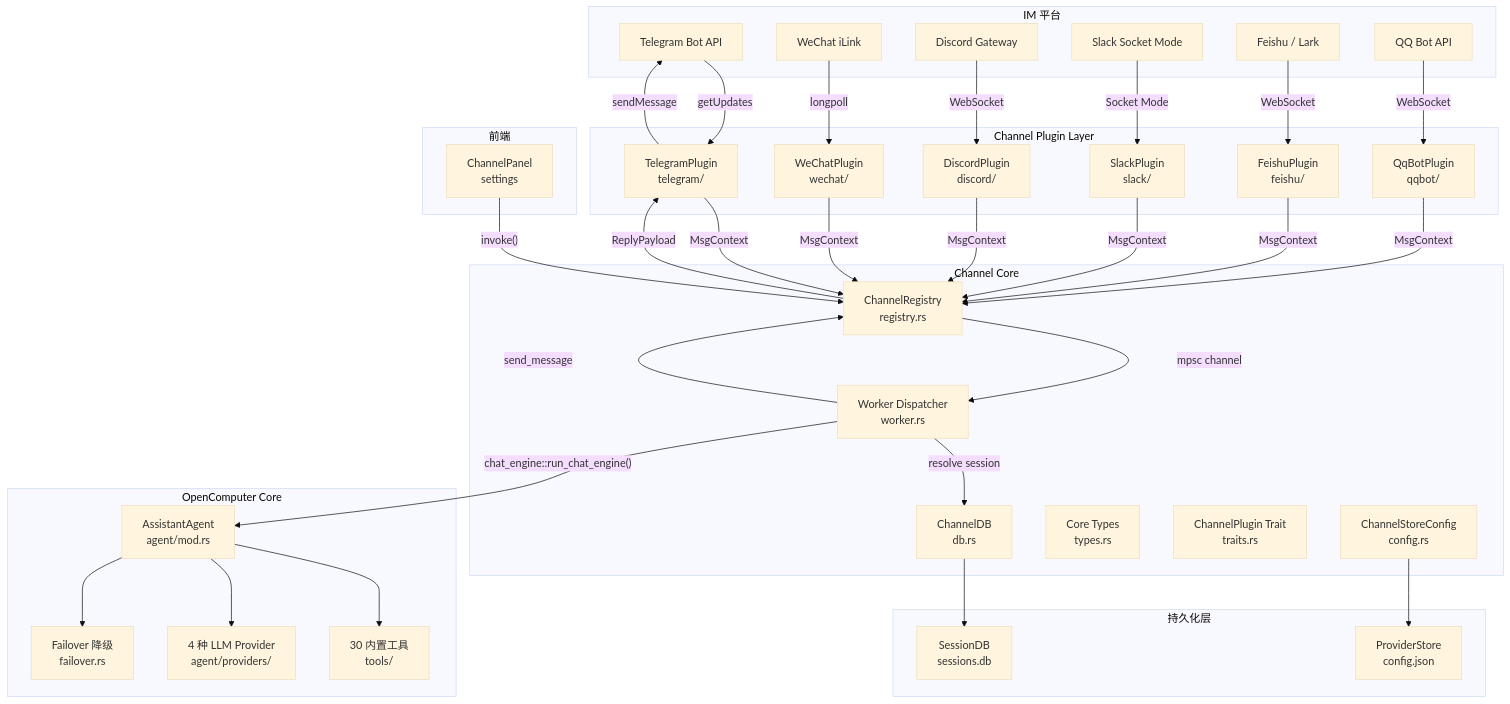
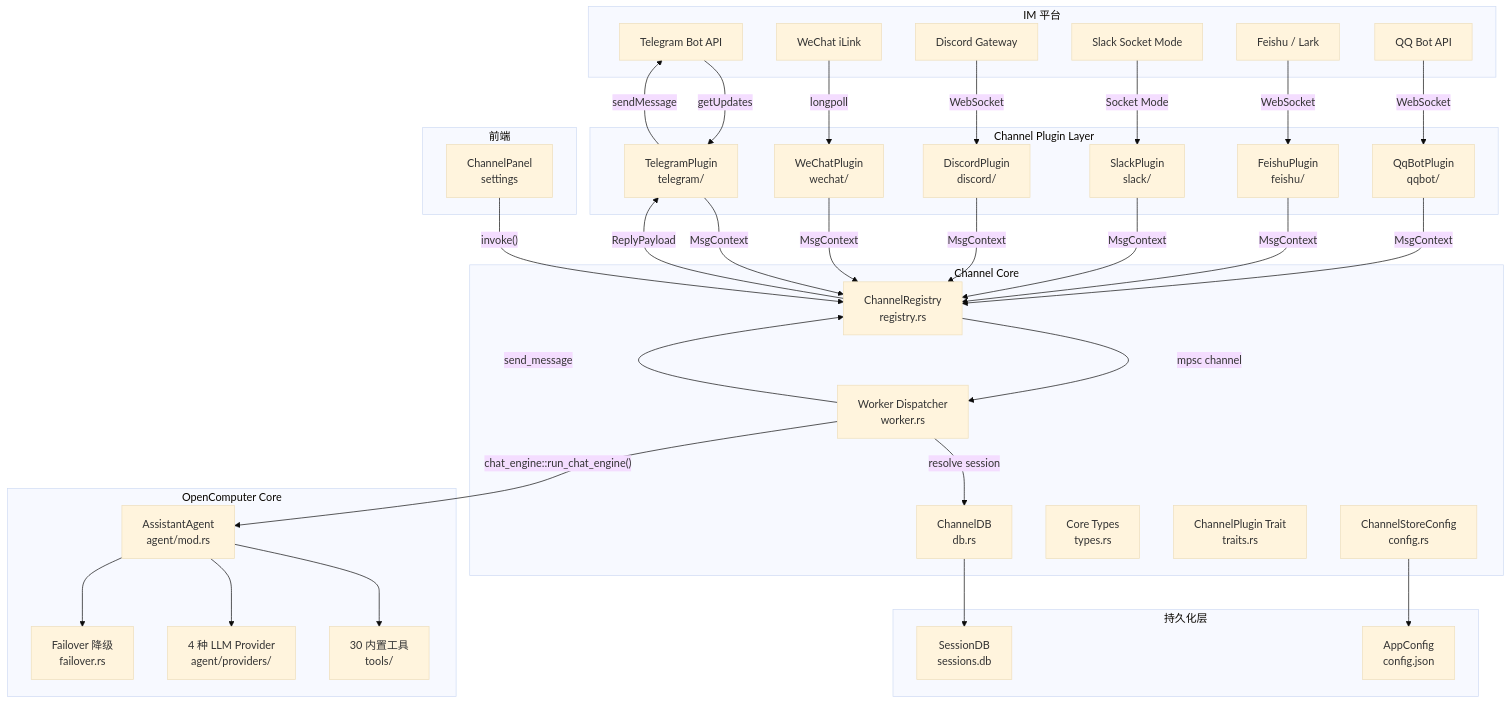
Before and after one commit to shiwenwen/hope-agent: the first of 3 diagrams in docs/architecture/im-channel.md, drawn with Mermaid (base theme). The commit also changed other lines of this file and 79 other files, not shown here.

First line of the commit message:
refactor: ProviderStore → AppConfig + 搬家到 crate::config

````diff
--- a/docs/architecture/im-channel.md
+++ b/docs/architecture/im-channel.md
@@ -101,74 +101,74 @@
 ```mermaid
 graph TB
     subgraph "IM 平台"
         TG["Telegram Bot API"]
         WX["WeChat iLink"]
         DC["Discord Gateway"]
         SL["Slack Socket Mode"]
         FS["Feishu / Lark"]
         QQ["QQ Bot API"]
     end
 
     subgraph "Channel Plugin Layer"
         TG_PLUGIN["TelegramPlugin<br/>telegram/"]
         WX_PLUGIN["WeChatPlugin<br/>wechat/"]
         DC_PLUGIN["DiscordPlugin<br/>discord/"]
         SL_PLUGIN["SlackPlugin<br/>slack/"]
         FS_PLUGIN["FeishuPlugin<br/>feishu/"]
         QQ_PLUGIN["QqBotPlugin<br/>qqbot/"]
     end
 
     subgraph "Channel Core"
         REGISTRY["ChannelRegistry<br/>registry.rs"]
         WORKER["Worker Dispatcher<br/>worker.rs"]
         CHANNEL_DB["ChannelDB<br/>db.rs"]
         TYPES["Core Types<br/>types.rs"]
         TRAITS["ChannelPlugin Trait<br/>traits.rs"]
         CONFIG["ChannelStoreConfig<br/>config.rs"]
     end
 
     subgraph "OpenComputer Core"
         AGENT["AssistantAgent<br/>agent/mod.rs"]
         TOOLS["30 内置工具<br/>tools/"]
         PROVIDERS["4 种 LLM Provider<br/>agent/providers/"]
         FAILOVER["Failover 降级<br/>failover.rs"]
     end
 
     subgraph "持久化层"
         SESSION_DB["SessionDB<br/>sessions.db"]
-        PROVIDER_STORE["ProviderStore<br/>config.json"]
+        PROVIDER_STORE["AppConfig<br/>config.json"]
     end
 
     subgraph "前端"
         PANEL["ChannelPanel<br/>settings"]
     end
 
     TG -->|getUpdates| TG_PLUGIN
     WX -->|longpoll| WX_PLUGIN
     DC -->|WebSocket| DC_PLUGIN
     SL -->|Socket Mode| SL_PLUGIN
     FS -->|WebSocket| FS_PLUGIN
     QQ -->|WebSocket| QQ_PLUGIN
 
     TG_PLUGIN -->|MsgContext| REGISTRY
     WX_PLUGIN -->|MsgContext| REGISTRY
     DC_PLUGIN -->|MsgContext| REGISTRY
     SL_PLUGIN -->|MsgContext| REGISTRY
     FS_PLUGIN -->|MsgContext| REGISTRY
     QQ_PLUGIN -->|MsgContext| REGISTRY
 
     REGISTRY -->|mpsc channel| WORKER
     WORKER -->|resolve session| CHANNEL_DB
     WORKER -->|"chat_engine::run_chat_engine()"| AGENT
     AGENT --> TOOLS
     AGENT --> PROVIDERS
     AGENT --> FAILOVER
 
     WORKER -->|send_message| REGISTRY
     REGISTRY -->|ReplyPayload| TG_PLUGIN
     TG_PLUGIN -->|sendMessage| TG
 
     CHANNEL_DB --> SESSION_DB
     CONFIG --> PROVIDER_STORE
     PANEL -->|"invoke()"| REGISTRY
 ```
````
